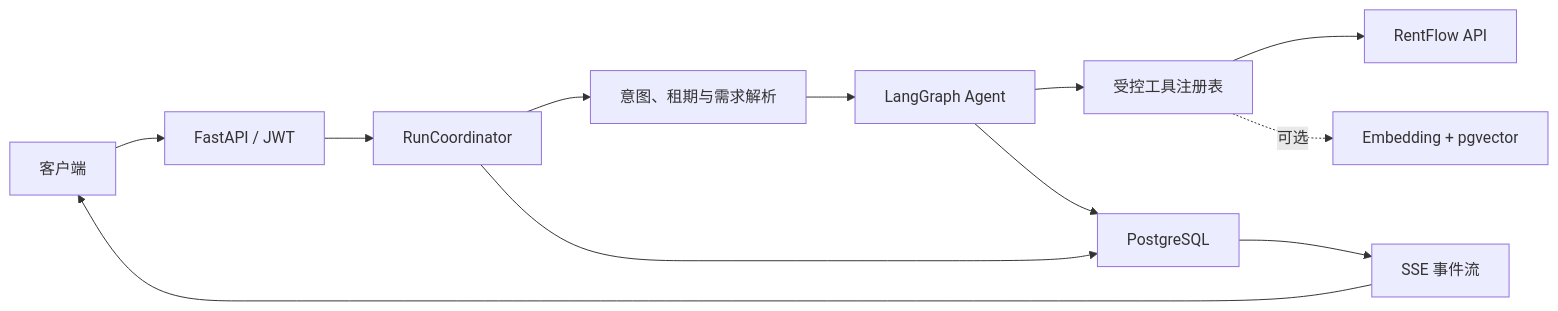
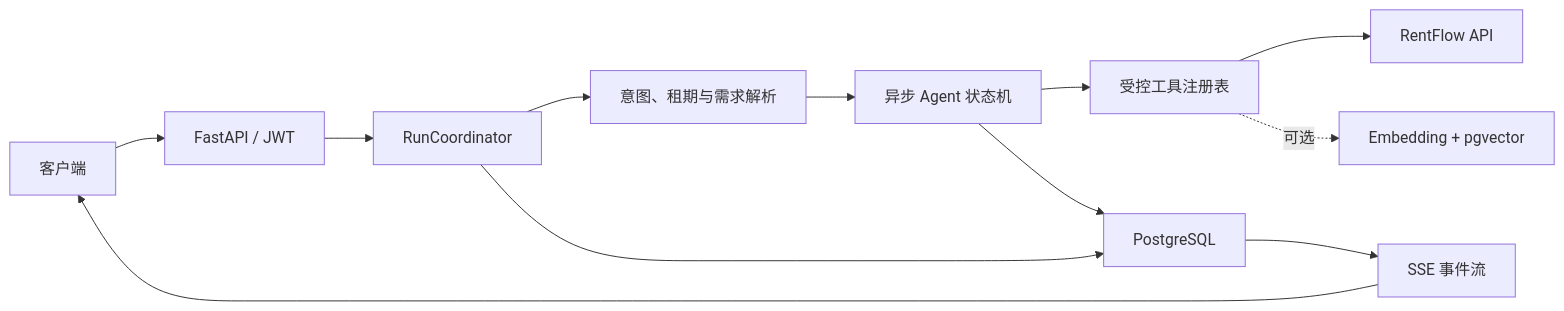
Before and after one commit to 1234563782/gearmate-agent: the diagram in README.md, drawn with Mermaid. The commit also changed other lines of this file and 4 other files, not shown here.

````diff
--- a/README.md
+++ b/README.md
@@ -23,14 +23,14 @@
 ```mermaid
 flowchart LR
     Client["客户端"] --> API["FastAPI / JWT"]
     API --> Coordinator["RunCoordinator"]
     Coordinator --> Resolver["意图、租期与需求解析"]
-    Resolver --> Graph["LangGraph Agent"]
+    Resolver --> Graph["异步 Agent 状态机"]
     Graph --> Tools["受控工具注册表"]
     Tools --> RentFlow["RentFlow API"]
     Coordinator --> DB["PostgreSQL"]
     Graph --> DB
     DB --> SSE["SSE 事件流"]
     SSE --> Client
     Tools -. "可选" .-> Search["Embedding + pgvector"]
 ```
````
